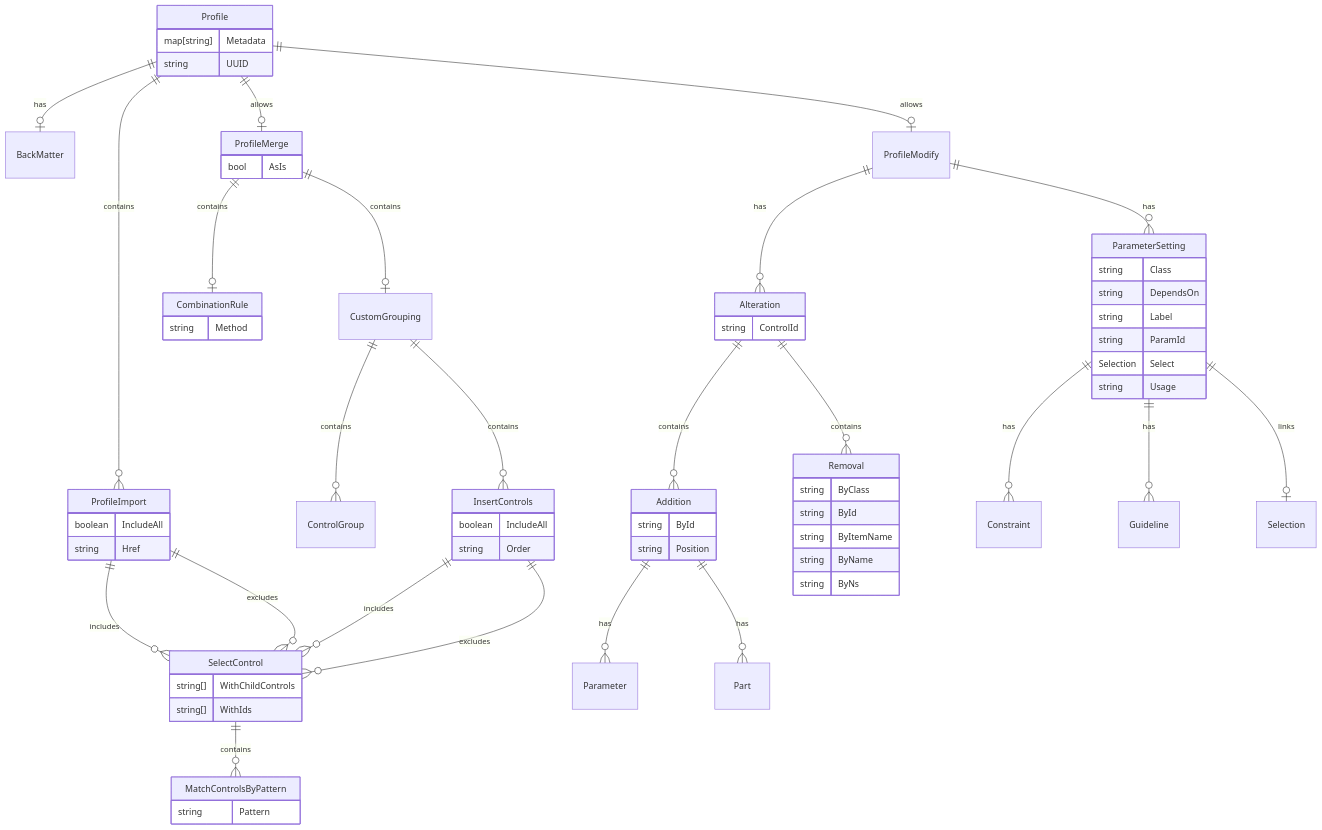
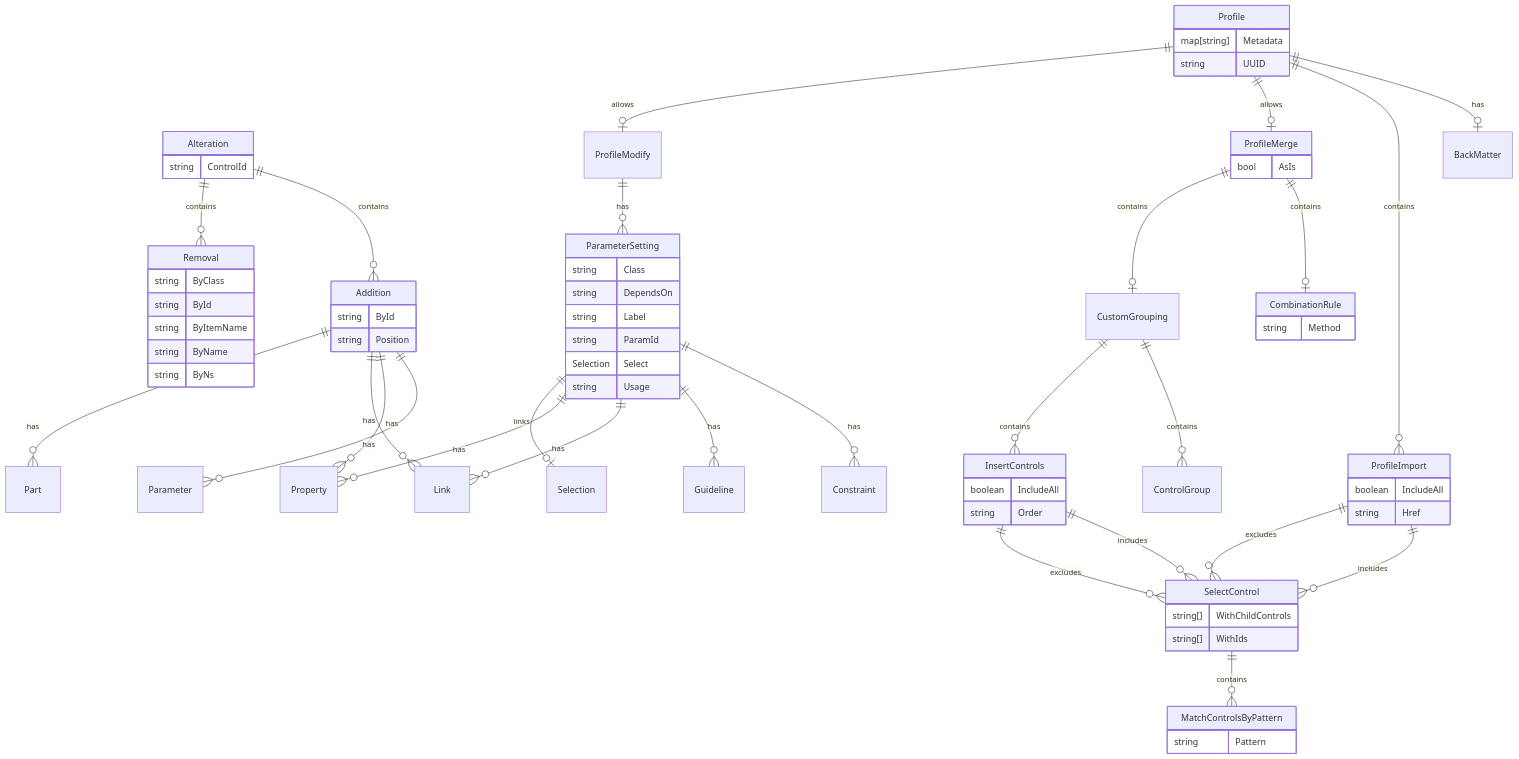
One commit to compliance-framework/docs changed the fifth of 6 diagrams in docs/architecture/core-erd.md. Above: the diagram before and after it, drawn with Mermaid. The commit also changed other lines of this file, not shown here.

````diff
--- a/docs/architecture/core-erd.md
+++ b/docs/architecture/core-erd.md
@@ -148,76 +148,79 @@
 ```mermaid
 erDiagram
     Addition {
         string ById
         string Position
     }
     Alteration {
         string ControlId
     }
     CombinationRule {
         string Method
     }
     CustomGrouping {
     }
     InsertControls {
         boolean IncludeAll
         string Order
     }
     MatchControlsByPattern {
         string Pattern
     }
     ProfileImport {
         boolean IncludeAll
         string Href
     }
     ProfileMerge {
         bool AsIs
     }
     ProfileModify {
     }
     ParameterSetting {
         string Class
         string DependsOn
         string Label
         string ParamId
         Selection Select
         string Usage
     }
     Removal {
         string ByClass
         string ById
         string ByItemName
         string ByName
         string ByNs
     }
     SelectControl {
         string[] WithChildControls
         string[] WithIds
     }
     Profile {
         map[string] Metadata
         string UUID
     }
     Profile ||--o| BackMatter: has
     Profile ||--o{ ProfileImport: contains
     Profile ||--o| ProfileMerge: allows
     Profile ||--o| ProfileModify: allows
     SelectControl ||--o{ MatchControlsByPattern: contains
     ParameterSetting ||--o{ Constraint: has
     ParameterSetting ||--o{ Guideline: has
+    ParameterSetting ||--o{ Link: has
+    ParameterSetting ||--o{ Property: has
     ParameterSetting ||--o| Selection: links
-    ProfileModify ||--o{ Alteration: has
     ProfileModify ||--o{ ParameterSetting: has
     ProfileMerge ||--o| CombinationRule: contains
     ProfileMerge ||--o| CustomGrouping: contains
     ProfileImport ||--o{ SelectControl: includes
     ProfileImport ||--o{ SelectControl: excludes
     InsertControls ||--o{ SelectControl: includes
     InsertControls ||--o{ SelectControl: excludes
     CustomGrouping ||--o{ ControlGroup: contains
     CustomGrouping ||--o{ InsertControls: contains
     Alteration ||--o{ Addition: contains
     Alteration ||--o{ Removal: contains
     Addition  ||--o{ Parameter: has
+    Addition  ||--o{ Property: has
+    Addition  ||--o{ Link: has
     Addition  ||--o{ Part: has
 ```
````
